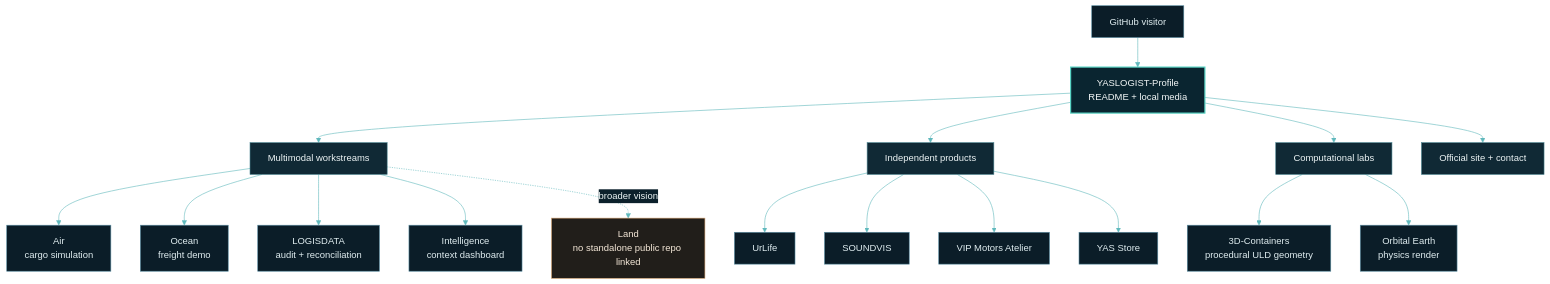
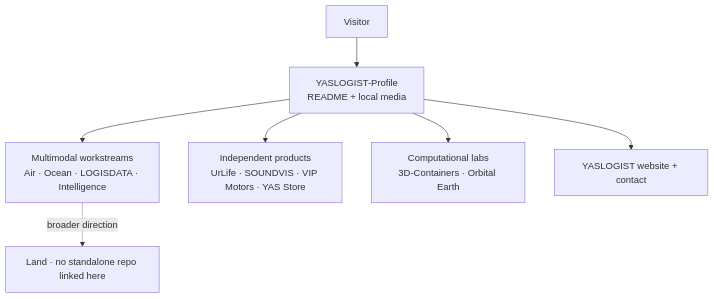
Before and after one commit to YASLOGIST/YASLOGIST-Profile: the diagram in README.md, drawn with Mermaid. The commit also changed other lines of this file and 4 other files, not shown here.

````diff
--- a/README.md
+++ b/README.md
@@ -84,32 +64,9 @@
 ```mermaid
-%%{init: {"theme":"base","themeVariables":{"background":"#07131d","primaryColor":"#102b38","primaryTextColor":"#eef6f6","primaryBorderColor":"#56d0c4","lineColor":"#60b8bc","secondaryColor":"#0b202b","tertiaryColor":"#182d36","fontFamily":"ui-monospace, SFMono-Regular, Menlo, monospace"}}}%%
-flowchart TB
-    visitor["GitHub visitor"] --> profile["YASLOGIST-Profile<br/>README + local media"]
-    profile --> logistics["Multimodal workstreams"]
-    profile --> products["Independent products"]
-    profile --> labs["Computational labs"]
-    profile --> contact["Official site + contact"]
-
-    logistics --> air["Air<br/>cargo simulation"]
-    logistics --> ocean["Ocean<br/>freight demo"]
-    logistics --> data["LOGISDATA<br/>audit + reconciliation"]
-    logistics --> intel["Intelligence<br/>context dashboard"]
-    logistics -. "broader vision" .-> land["Land<br/>no standalone public repo linked"]
-
-    products --> urlife["UrLife"]
-    products --> soundvis["SOUNDVIS"]
-    products --> vip["VIP Motors Atelier"]
-    products --> store["YAS Store"]
-
-    labs --> uld["3D-Containers<br/>procedural ULD geometry"]
-    labs --> earth["Orbital Earth<br/>physics render"]
-
-    classDef identity fill:#0a2530,stroke:#57d4c4,color:#f3f7f7,stroke-width:2px;
-    classDef group fill:#102935,stroke:#4d8793,color:#edf4f5;
-    classDef project fill:#0b1d28,stroke:#598da2,color:#e0edf0;
-    classDef vision fill:#211e1a,stroke:#d3a06c,color:#f5e8d8;
-    class profile identity;
-    class logistics,products,labs,contact group;
-    class visitor,air,ocean,data,intel,urlife,soundvis,vip,store,uld,earth project;
-    class land vision;
+flowchart TD
+    visitor["Visitor"] --> profile["YASLOGIST-Profile<br/>README + local media"]
+    profile --> logistics["Multimodal workstreams<br/>Air · Ocean · LOGISDATA · Intelligence"]
+    profile --> products["Independent products<br/>UrLife · SOUNDVIS · VIP Motors · YAS Store"]
+    profile --> labs["Computational labs<br/>3D-Containers · Orbital Earth"]
+    profile --> site["YASLOGIST website + contact"]
+    logistics -. "broader direction" .-> land["Land · no standalone repo linked here"]
 ```
````
